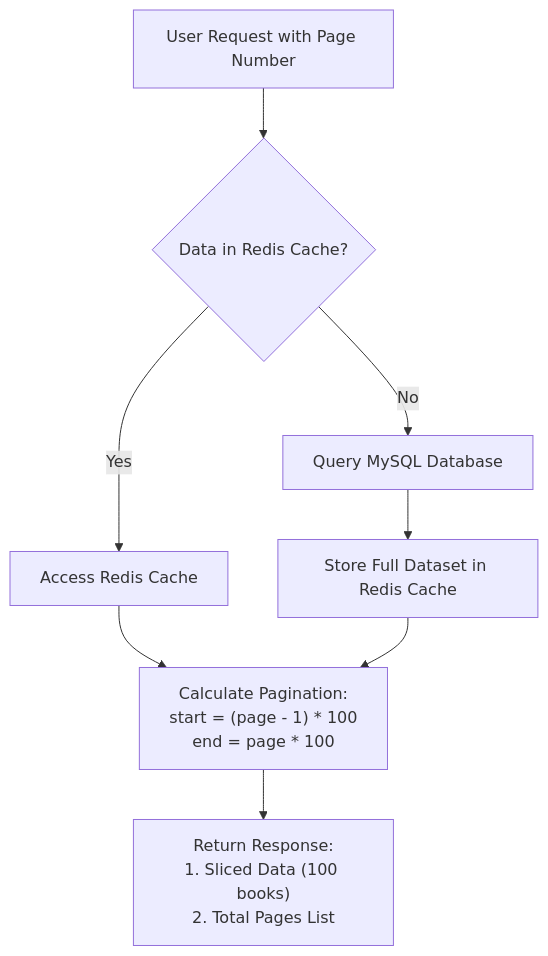
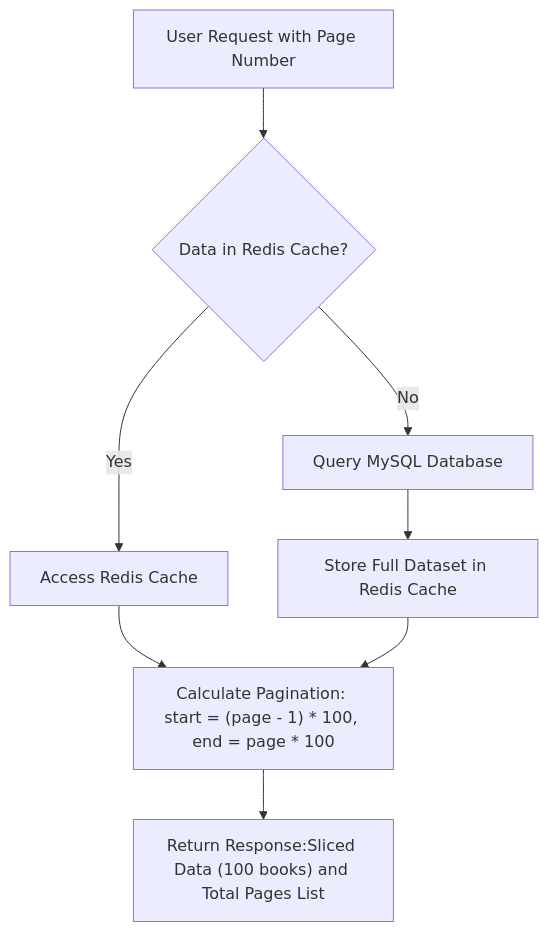
The diagram in FlaskCacheApp/README.md (pollythepocket/CS480_final_project), drawn with Mermaid before and after one commit.

Commit message:
Added flowchart using mermaid for flaskcache

````diff
--- a/FlaskCacheApp/README.md
+++ b/FlaskCacheApp/README.md
@@ -28,16 +28,16 @@
 ```mermaid
 flowchart TD
     A[User Request with Page Number] --> B{Data in Redis Cache?}
     
     %% Yes path
     B -->|Yes| C[Access Redis Cache]
     
     %% No path
     B -->|No| D[Query MySQL Database]
     D --> E[Store Full Dataset in Redis Cache]
     
     %% Common pagination logic
-    C --> F["Calculate Pagination:\nstart = (page - 1) * 100\nend = page * 100"]
+    C --> F["Calculate Pagination: start = (page - 1) * 100, end = page * 100"]
     E --> F
-    F --> G["Return Response:\n1. Sliced Data (100 books)\n2. Total Pages List"]
+    F --> G["Return Response:Sliced Data (100 books) and Total Pages List"]
 ```
````
